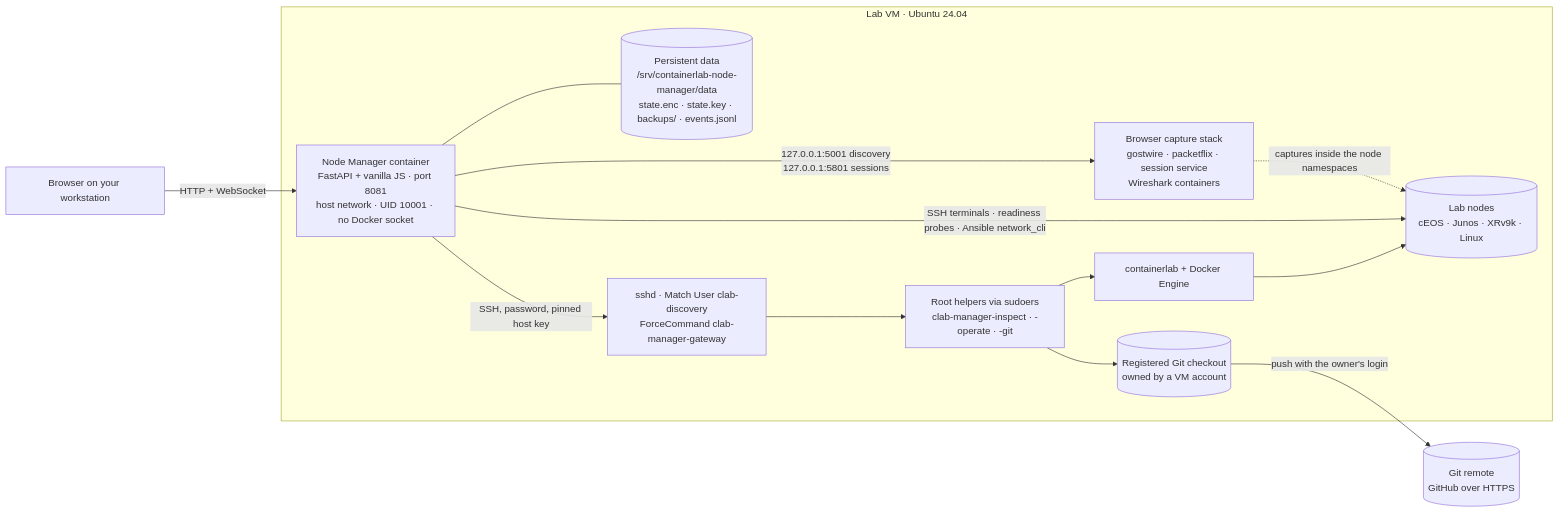
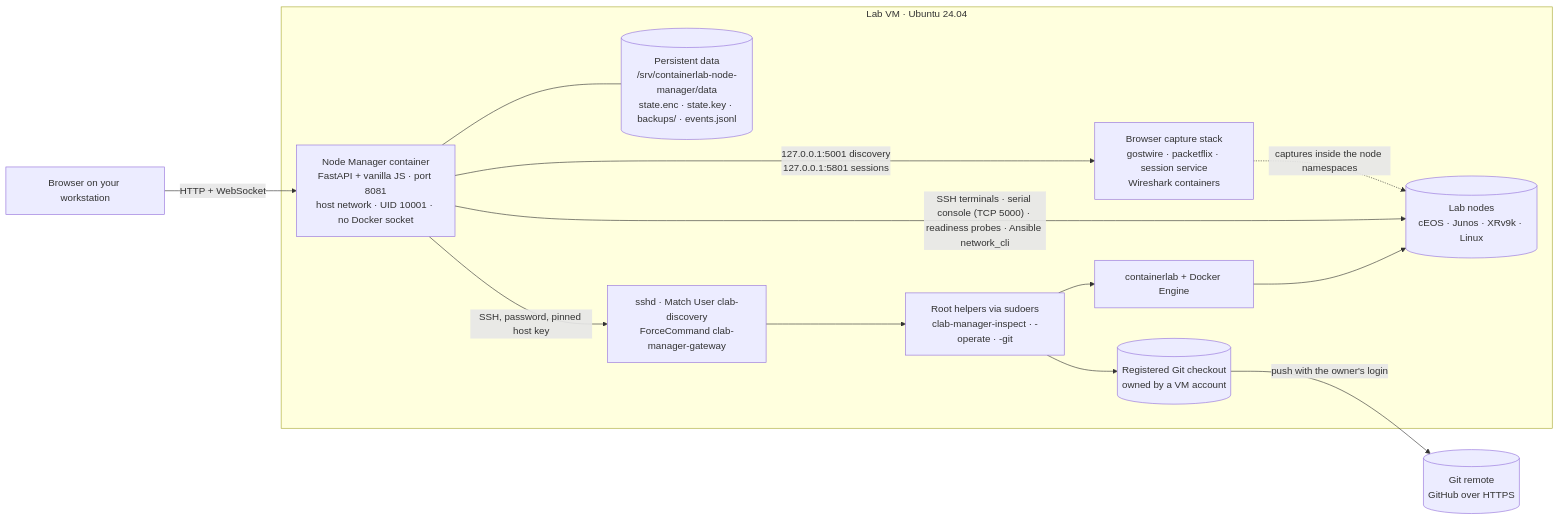
Before and after one commit to ArchRuger/CLAB-BACKUP-WORKER-v2: the first of 4 diagrams in docs/ARCHITECTURE.md, drawn with Mermaid. The commit also changed other lines of this file and 17 other files, not shown here.

Commit message:
Campaign 2: A05 capture proof with real device packets (C07-DESIGN §13), B06 the vSRX 'before' state on 1.31.6, D02c overview, architecture and capture guides matched to the code (21 corrections), ledger

````diff
--- a/docs/ARCHITECTURE.md
+++ b/docs/ARCHITECTURE.md
@@ -10,23 +10,23 @@
 ```mermaid
 flowchart LR
     B["Browser on your workstation"]
     subgraph VM["Lab VM · Ubuntu 24.04"]
         M["Node Manager container<br/>FastAPI + vanilla JS · port 8081<br/>host network · UID 10001 · no Docker socket"]
         D[("Persistent data<br/>/srv/containerlab-node-manager/data<br/>state.enc · state.key · backups/ · events.jsonl")]
         G["sshd · Match User clab-discovery<br/>ForceCommand clab-manager-gateway"]
         H["Root helpers via sudoers<br/>clab-manager-inspect · -operate · -git"]
         C["containerlab + Docker Engine"]
         N[("Lab nodes<br/>cEOS · Junos · XRv9k · Linux")]
         W["Browser capture stack<br/>gostwire · packetflix · session service<br/>Wireshark containers"]
         K[("Registered Git checkout<br/>owned by a VM account")]
     end
     R[("Git remote<br/>GitHub over HTTPS")]
     B -- "HTTP + WebSocket" --> M
     M --- D
     M -- "SSH, password, pinned host key" --> G --> H
     H --> C --> N
     H --> K -- "push with the owner's login" --> R
-    M -- "SSH terminals · readiness probes · Ansible network_cli" --> N
+    M -- "SSH terminals · serial console (TCP 5000) · readiness probes · Ansible network_cli" --> N
     M -- "127.0.0.1:5001 discovery<br/>127.0.0.1:5801 sessions" --> W
     W -. "captures inside the node namespaces" .-> N
 ```
````
